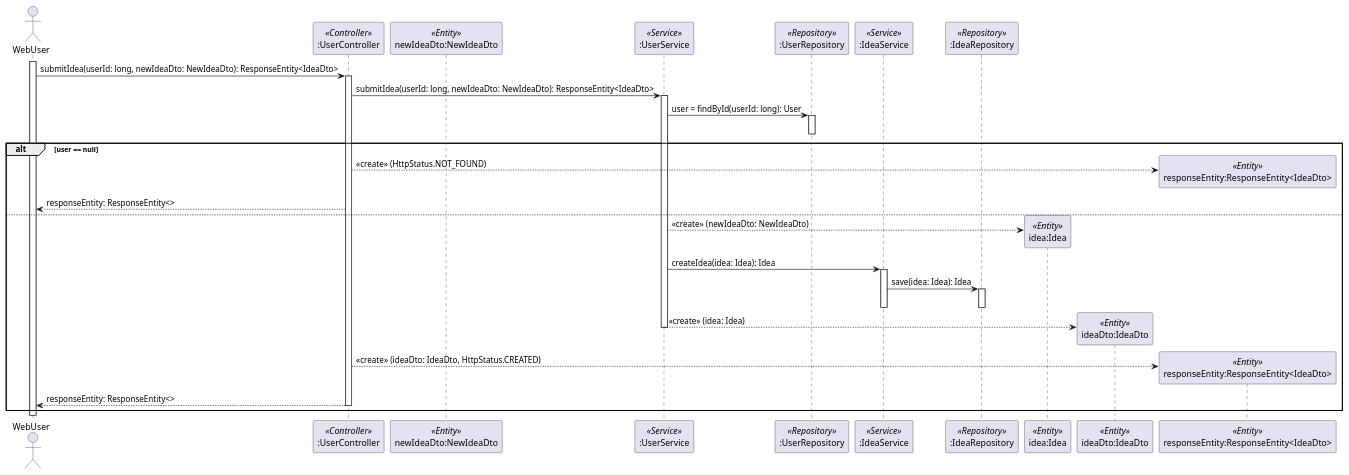
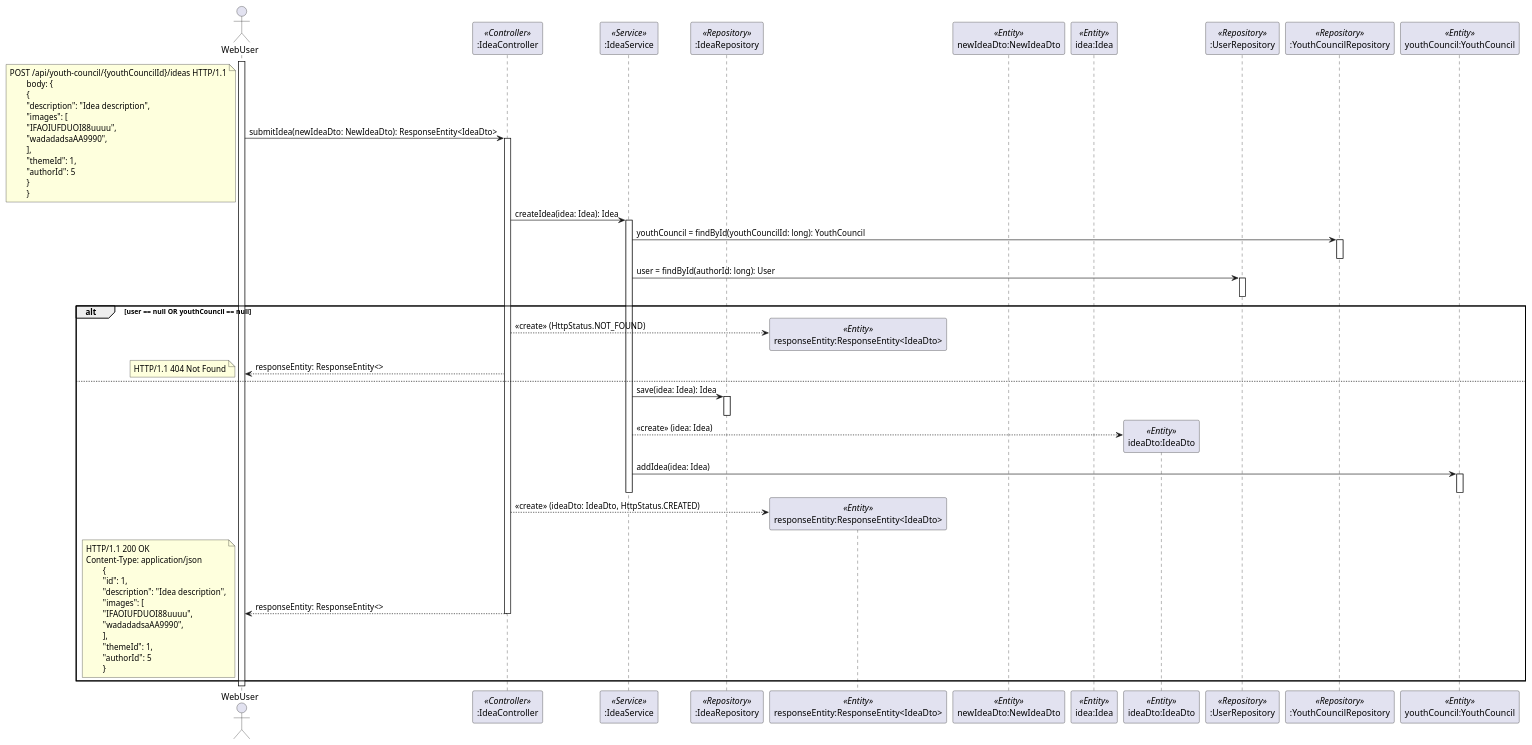
Before and after one commit to pashioya/youth-council: the diagram in diagrams/SequenceDiagram_submitIdea.puml, drawn with PlantUML. The commit also changed 4 other files, not shown here.

Commit message:
feat: diagrams

```diff
--- a/diagrams/SequenceDiagram_submitIdea.puml
+++ b/diagrams/SequenceDiagram_submitIdea.puml
@@ -2,48 +2,78 @@
 @startuml
 
 Actor WebUser
-participant ":UserController" as UserController <<Controller>>
-participant "newIdeaDto:NewIdeaDto" as NewIdeaDto <<Entity>>
-participant ":UserService" as UserService <<Service>>
-participant ":UserRepository" as UserRepository <<Repository>>
+participant ":IdeaController" as IdeaController <<Controller>>
 participant ":IdeaService" as IdeaService <<Service>>
 participant ":IdeaRepository" as IdeaRepository <<Repository>>
+participant "responseEntity:ResponseEntity<IdeaDto>" as ResponseEntity <<Entity>>
+participant "newIdeaDto:NewIdeaDto" as NewIdeaDto <<Entity>>
 participant "idea:Idea" as Idea <<Entity>>
 participant "ideaDto:IdeaDto" as IdeaDto <<Entity>>
-participant "responseEntity:ResponseEntity<IdeaDto>" as ResponseEntity <<Entity>>
-
+participant ":UserRepository" as UserRepository <<Repository>>
+participant ":YouthCouncilRepository" as YouthCouncilRepository <<Repository>>
+participant "youthCouncil:YouthCouncil" as YouthCouncil <<Entity>>
 
 
 activate WebUser
-WebUser -> UserController : submitIdea(userId: long, newIdeaDto: NewIdeaDto): ResponseEntity<IdeaDto>
-activate UserController
-UserController -> UserService : submitIdea(userId: long, newIdeaDto: NewIdeaDto): ResponseEntity<IdeaDto>
-activate UserService
-UserService -> UserRepository : user = findById(userId: long): User
+WebUser -> IdeaController : submitIdea(newIdeaDto: NewIdeaDto): ResponseEntity<IdeaDto>
+note left
+POST /api/youth-council/{youthCouncilId}/ideas HTTP/1.1
+        body: {
+        {
+        "description": "Idea description",
+        "images": [
+        "IFAOIUFDUOI88uuuu",
+        "wadadadsaAA9990",
+        ],
+        "themeId": 1,
+        "authorId": 5
+        }
+        }
+end note
+activate IdeaController
+IdeaController -> IdeaService : createIdea(idea: Idea): Idea
+activate IdeaService
+IdeaService -> YouthCouncilRepository : youthCouncil = findById(youthCouncilId: long): YouthCouncil
+activate YouthCouncilRepository
+deactivate YouthCouncilRepository
+IdeaService -> UserRepository : user = findById(authorId: long): User
 activate UserRepository
 deactivate UserRepository
-alt user == null
+alt user == null OR youthCouncil == null
 create ResponseEntity
-UserController --> ResponseEntity: <<create>> (HttpStatus.NOT_FOUND)
-UserController --> WebUser : responseEntity: ResponseEntity<>
+IdeaController --> ResponseEntity: <<create>> (HttpStatus.NOT_FOUND)
+IdeaController --> WebUser : responseEntity: ResponseEntity<>
+note left
+HTTP/1.1 404 Not Found
+end note
 else
-create Idea
-UserService --> Idea: <<create>> (newIdeaDto: NewIdeaDto)
-UserService -> IdeaService : createIdea(idea: Idea): Idea
-activate IdeaService
-
-
 IdeaService -> IdeaRepository : save(idea: Idea): Idea
 activate IdeaRepository
 deactivate IdeaRepository
+create IdeaDto
+IdeaService --> IdeaDto: <<create>> (idea: Idea)
+IdeaService -> YouthCouncil : addIdea(idea: Idea)
+activate YouthCouncil
+deactivate YouthCouncil
 deactivate IdeaService
-create IdeaDto
-UserService --> IdeaDto: <<create>> (idea: Idea)
-deactivate UserService
 create ResponseEntity
-UserController --> ResponseEntity: <<create>> (ideaDto: IdeaDto, HttpStatus.CREATED)
-UserController --> WebUser : responseEntity: ResponseEntity<>
-deactivate UserController
+IdeaController --> ResponseEntity: <<create>> (ideaDto: IdeaDto, HttpStatus.CREATED)
+IdeaController --> WebUser : responseEntity: ResponseEntity<>
+deactivate IdeaController
+note left
+HTTP/1.1 200 OK
+Content-Type: application/json
+        {
+        "id": 1,
+        "description": "Idea description",
+        "images": [
+        "IFAOIUFDUOI88uuuu",
+        "wadadadsaAA9990",
+        ],
+        "themeId": 1,
+        "authorId": 5
+        }
+    end note
 end
 
 @enduml
```
